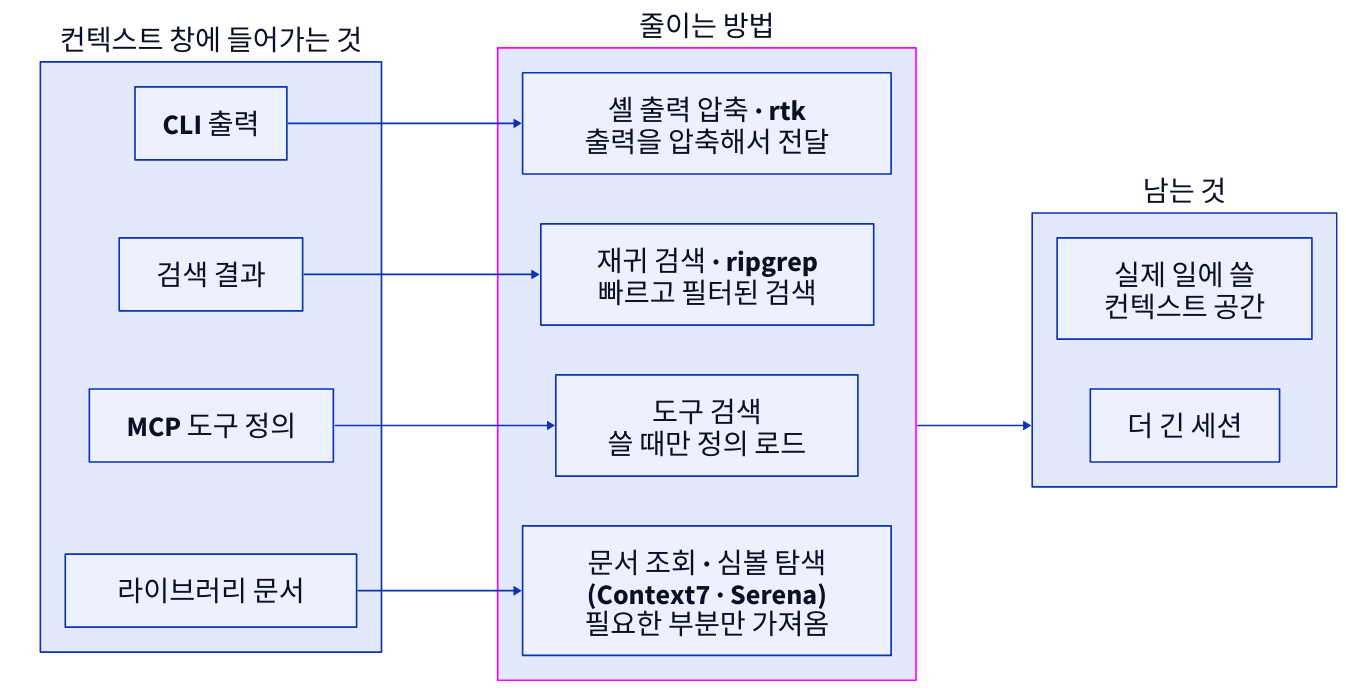
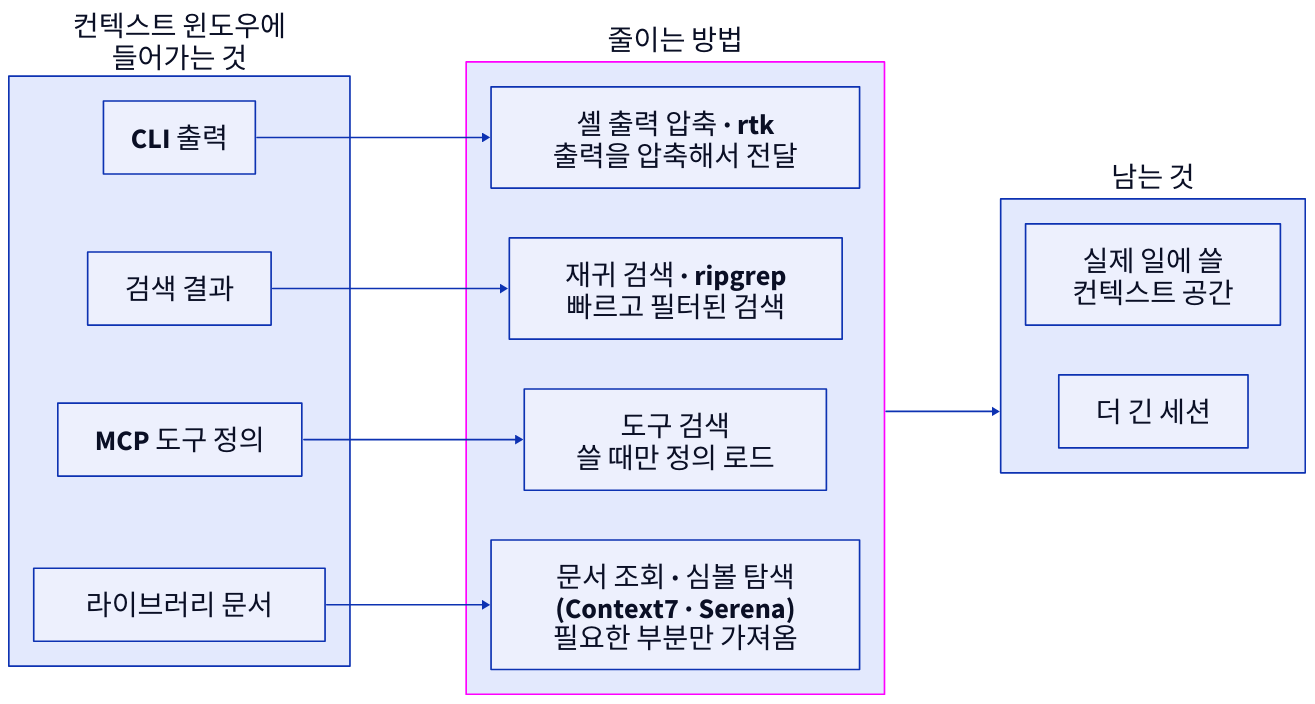
Before and after one commit to TheMagicTower/korean-ai-dev-course: the diagram in kangnam-agentic/diagrams/src/p10-token-saving.d2, drawn with D2. The commit also changed 51 other files, not shown here.

Commit message:
fix(kangnam-agentic): context window is '컨텍스트 윈도우', never '창'; CI diagram reads by step number (#33)

```diff
--- a/kangnam-agentic/diagrams/src/p10-token-saving.d2
+++ b/kangnam-agentic/diagrams/src/p10-token-saving.d2
@@ -1,26 +1,26 @@
 direction: right
-in: "컨텍스트 창에 들어가는 것" {
+in: "컨텍스트 윈도우에\n들어가는 것" {
   i1: "CLI 출력"
   i2: "검색 결과"
   i3: "MCP 도구 정의"
   i4: "라이브러리 문서"
 }
 tools: "줄이는 방법" {
   t1: "셸 출력 압축 · rtk\n출력을 압축해서 전달"
   t2: "재귀 검색 · ripgrep\n빠르고 필터된 검색"
   t3: "도구 검색\n쓸 때만 정의 로드"
   t4: "문서 조회 · 심볼 탐색\n(Context7 · Serena)\n필요한 부분만 가져옴"
 }
 tools.style.stroke: "#ff00ff"
 out: "남는 것" {
   o1: "실제 일에 쓸\n컨텍스트 공간"
   o2: "더 긴 세션"
 }
 in.i1 -> tools.t1
 in.i2 -> tools.t2
 in.i3 -> tools.t3
 in.i4 -> tools.t4
 tools -> out
 
 **.style.font-size: 34
 (** -> **)[*].style.font-size: 26
```
